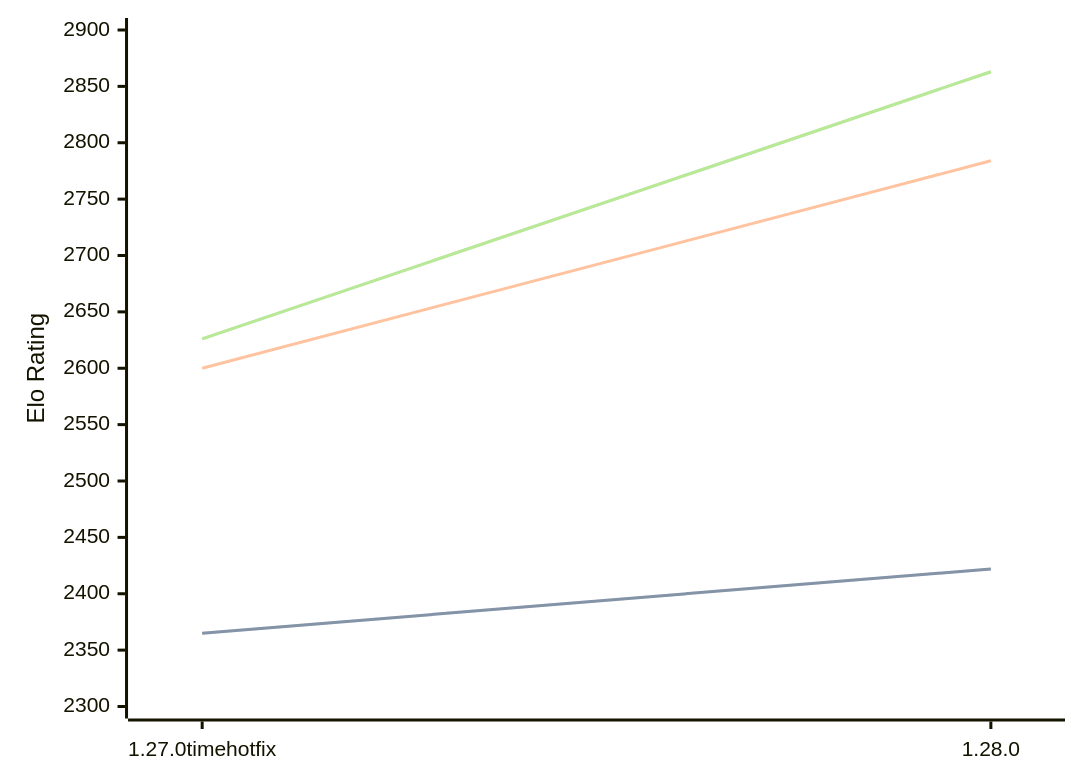
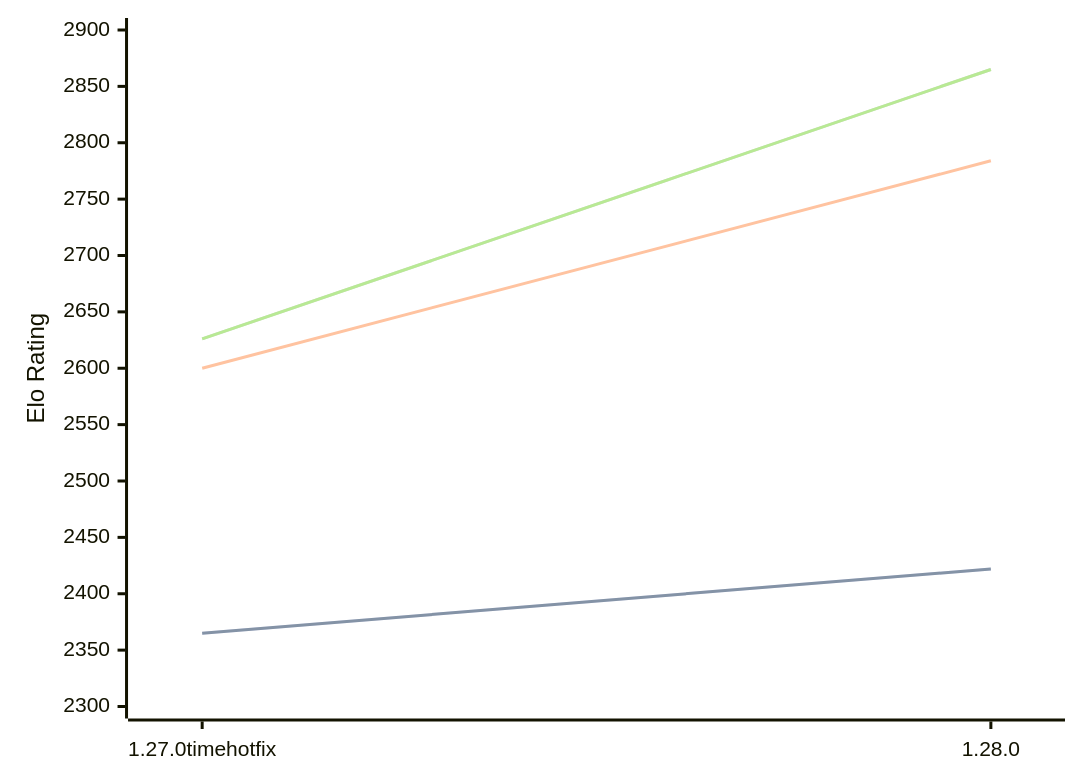
Before and after one commit to computer-chess-index/cci: the diagram in engines/Aurora.md, drawn with Mermaid. The commit also changed other lines of this file, not shown here.

Commit message:
Update CCI Ratings (ELO VLTC) - 2026-10-02

````diff
--- a/engines/Aurora.md
+++ b/engines/Aurora.md
@@ -33,11 +33,11 @@
 ```mermaid
 %%{init: {"theme":"base","themeVariables":{"seriesColors:['#a3a3a3','#222221','#faa371']}}}%%
 xychart-beta
   x-axis ["1.27.0timehotfix", "1.28.0"]
   y-axis "Elo Rating" 2300 --> 2900
   line "" [2365, 2422]
   line "STC (8.0+0.08s)" [2365, 2422]
   line "LTC (60.0+0.60s)" [2600, 2784]
-  line "" [2626, 2863]
-  line "VLTC (2m24s+1.12s)" [2626, 2863]
+  line "" [2626, 2865]
+  line "VLTC (2m24s+1.12s)" [2626, 2865]
 ```
````
